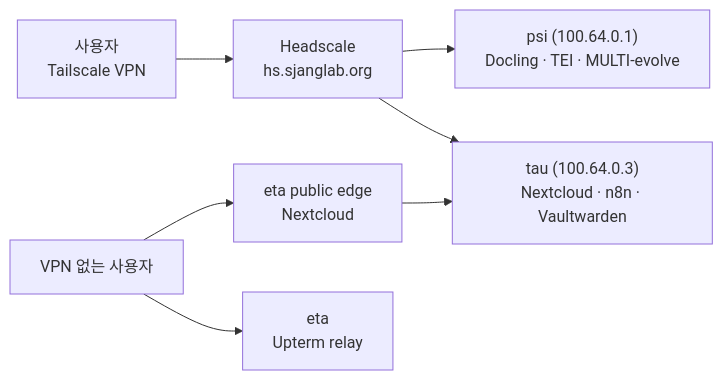
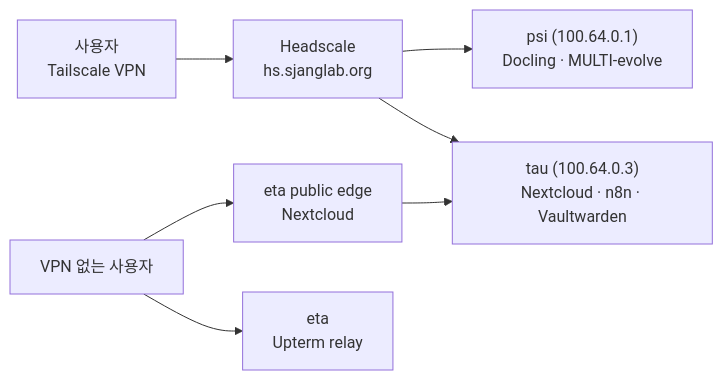
Before and after one commit to SBEE-Lab/infra: the diagram in docs/guide/vpn-setup.md, drawn with Mermaid. The commit also changed other lines of this file and 14 other files, not shown here.

````diff
--- a/docs/guide/vpn-setup.md
+++ b/docs/guide/vpn-setup.md
@@ -122,9 +122,9 @@
 ```mermaid
 flowchart LR
   user["사용자<br/>Tailscale VPN"] --> hs["Headscale<br/>hs.sjanglab.org"]
-  hs --> psi["psi (100.64.0.1)<br/>Docling · TEI · MULTI-evolve"]
+  hs --> psi["psi (100.64.0.1)<br/>Docling · MULTI-evolve"]
   hs --> tau["tau (100.64.0.3)<br/>Nextcloud · n8n · Vaultwarden"]
   internet["VPN 없는 사용자"] --> eta_edge["eta public edge<br/>Nextcloud"]
   eta_edge --> tau
   internet --> upterm["eta<br/>Upterm relay"]
 ```
````
